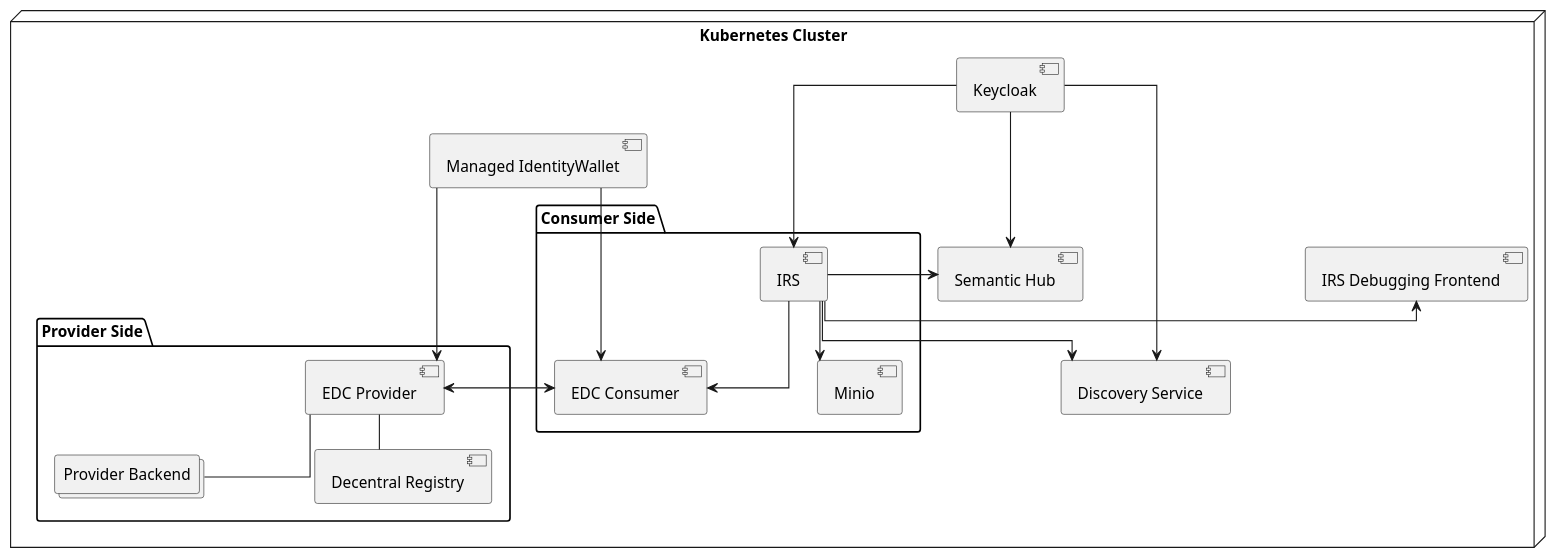
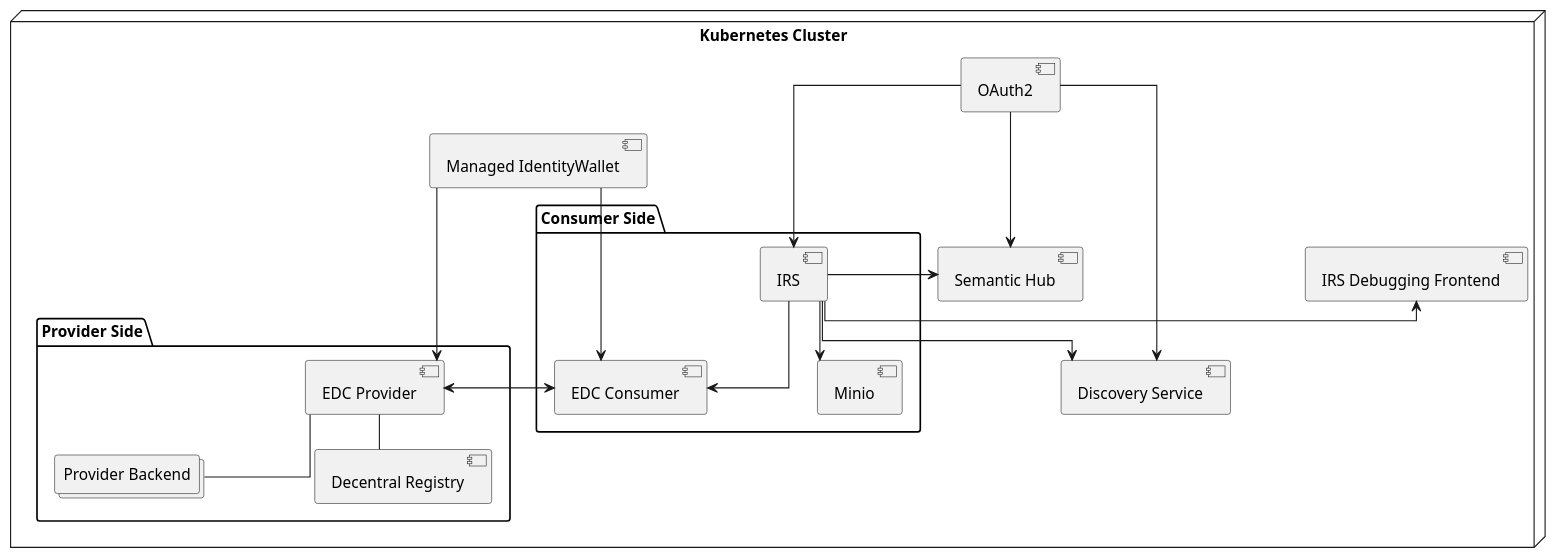
The diagram in docs/src/uml-diagrams/deployment-view/level-0-isolated.puml (eclipse-tractusx/item-relationship-service), drawn with PlantUML before and after one commit. The commit also changed 34 other files, not shown here.

```diff
--- a/docs/src/uml-diagrams/deployment-view/level-0-isolated.puml
+++ b/docs/src/uml-diagrams/deployment-view/level-0-isolated.puml
@@ -1,51 +1,51 @@
 @startuml
 skinparam monochrome true
 skinparam shadowing false
 skinparam nodesep 100
 skinparam ranksep 20
 skinparam defaultFontName "Architects daughter"
 skinparam linetype ortho
 
 
 node "Kubernetes Cluster" as k8s {
 
     package "Consumer Side" {
         component IRS
         component Minio
         component "EDC Consumer" as consumer
     }
 
     package "Provider Side" {
         component "EDC Provider" as provider
         collections "Provider Backend" as submodel
         component "Decentral Registry" as dtr
     }
 
-    component Keycloak
+    component OAuth2
     component "Managed IdentityWallet" as MIW
 
     component "Discovery Service" as ds
     component "Semantic Hub" as semHub
     component "IRS Debugging Frontend" as frontend
 
     IRS --> Minio
     IRS --> consumer
     IRS --> ds
 
     MIW ---> provider
     MIW ---> consumer
 
     provider <-> consumer
 
     provider -- submodel
     provider -- dtr
 
-    Keycloak ---> ds
-    Keycloak ---> IRS
-    Keycloak ---> semHub
+    OAuth2 ---> ds
+    OAuth2 ---> IRS
+    OAuth2 ---> semHub
 
     IRS -> semHub
     IRS -> frontend
 }
 
 @enduml
```
